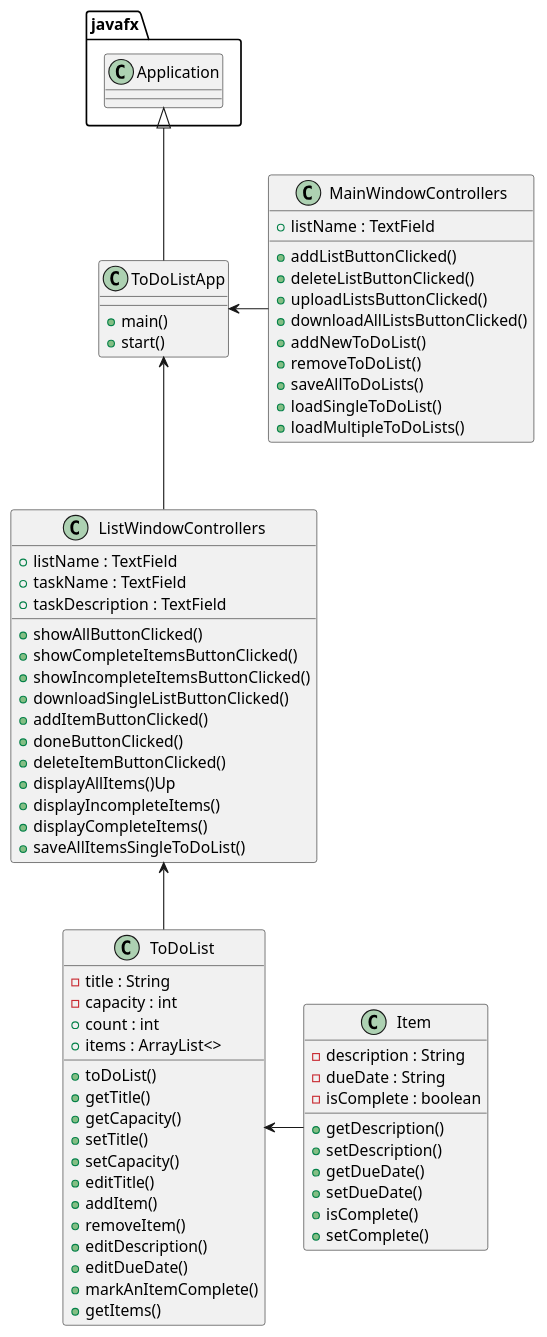
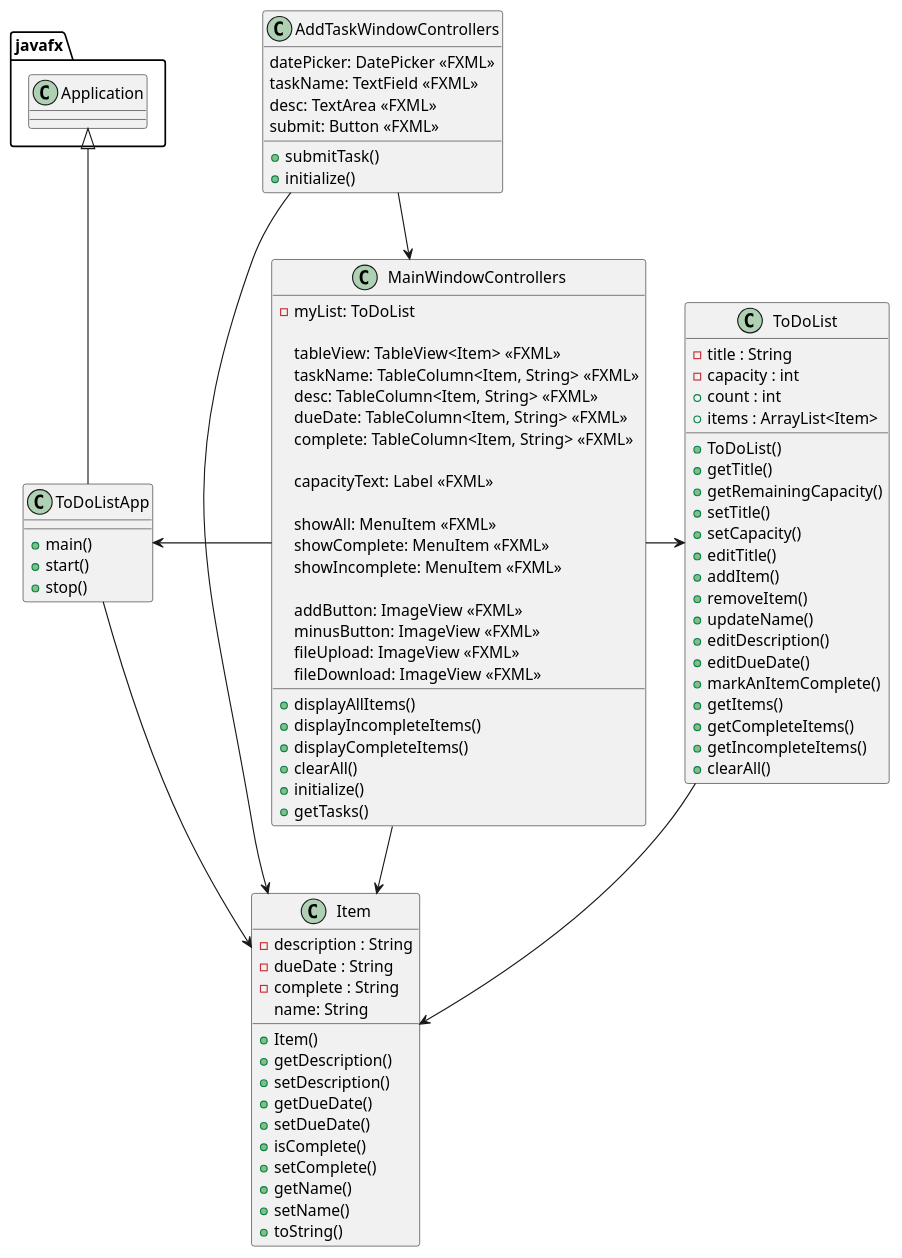
Before and after one commit to Melisac105/cabrera-cop3330-assignment4part2: the diagram in uml/AppDiagram.puml, drawn with PlantUML. The commit also changed 4 other files, not shown here.

Commit message:
uml update

```diff
--- a/uml/AppDiagram.puml
+++ b/uml/AppDiagram.puml
@@ -1,81 +1,100 @@
 @startuml
 'https://plantuml.com/sequence-diagram
 
 class ToDoListApp {
     + main()
     + start()
+    + stop()
 }
 
 class MainWindowControllers {
-    + listName : TextField
+    - myList: ToDoList
 
-    + addListButtonClicked()
-    + deleteListButtonClicked()
-    + uploadListsButtonClicked()
-    + downloadAllListsButtonClicked()
-    + addNewToDoList()
-    + removeToDoList()
-    + saveAllToDoLists()
-    + loadSingleToDoList()
-    + loadMultipleToDoLists()
+    tableView: TableView<Item> <<FXML>>
+    taskName: TableColumn<Item, String> <<FXML>>
+    desc: TableColumn<Item, String> <<FXML>>
+    dueDate: TableColumn<Item, String> <<FXML>>
+    complete: TableColumn<Item, String> <<FXML>>
+
+    capacityText: Label <<FXML>>
+
+    showAll: MenuItem <<FXML>>
+    showComplete: MenuItem <<FXML>>
+    showIncomplete: MenuItem <<FXML>>
+
+    addButton: ImageView <<FXML>>
+    minusButton: ImageView <<FXML>>
+    fileUpload: ImageView <<FXML>>
+    fileDownload: ImageView <<FXML>>
+
+    + displayAllItems()
+    + displayIncompleteItems()
+    + displayCompleteItems()
+    + clearAll()
+    + initialize()
+    + getTasks()
 }
 
-class ListWindowControllers {
-    + listName : TextField
-    + taskName : TextField
-    + taskDescription : TextField
+class AddTaskWindowControllers {
+    datePicker: DatePicker <<FXML>>
+    taskName: TextField <<FXML>>
+    desc: TextArea <<FXML>>
+    submit: Button <<FXML>>
 
-    + showAllButtonClicked()
-    + showCompleteItemsButtonClicked()
-    + showIncompleteItemsButtonClicked()
-    + downloadSingleListButtonClicked()
-    + addItemButtonClicked()
-    + doneButtonClicked()
-    + deleteItemButtonClicked()
-    + displayAllItems()Up
-    + displayIncompleteItems()
-    + displayCompleteItems()
-    + saveAllItemsSingleToDoList()
+    + submitTask()
+    + initialize()
 }
 
 class Item {
     - description : String
     - dueDate : String
-    - isComplete : boolean
+    - complete : String
+    name: String
 
+    + Item()
     + getDescription()
     + setDescription()
     + getDueDate()
     + setDueDate()
     + isComplete()
     + setComplete()
+    + getName()
+    + setName()
+    + toString()
 }
 
 class ToDoList {
     - title : String
     - capacity : int
     + count : int
-    + items : ArrayList<>
+    + items : ArrayList<Item>
 
-    + toDoList()
+    + ToDoList()
     + getTitle()
-    + getCapacity()
+    + getRemainingCapacity()
     + setTitle()
     + setCapacity()
     + editTitle()
     + addItem()
     + removeItem()
+    + updateName()
     + editDescription()
     + editDueDate()
     + markAnItemComplete()
     + getItems()
+    + getCompleteItems()
+    + getIncompleteItems()
+    + clearAll()
 }
 
 javafx.Application <|-- ToDoListApp
 
-ToDoListApp <-- ListWindowControllers
 ToDoListApp <- MainWindowControllers
-ToDoList <- Item
-ListWindowControllers <-- ToDoList
+ToDoListApp --> Item
+AddTaskWindowControllers --> Item
+AddTaskWindowControllers --> MainWindowControllers
+MainWindowControllers --> Item
+MainWindowControllers -> ToDoList
+ToDoList --> Item
 
 @enduml
```
